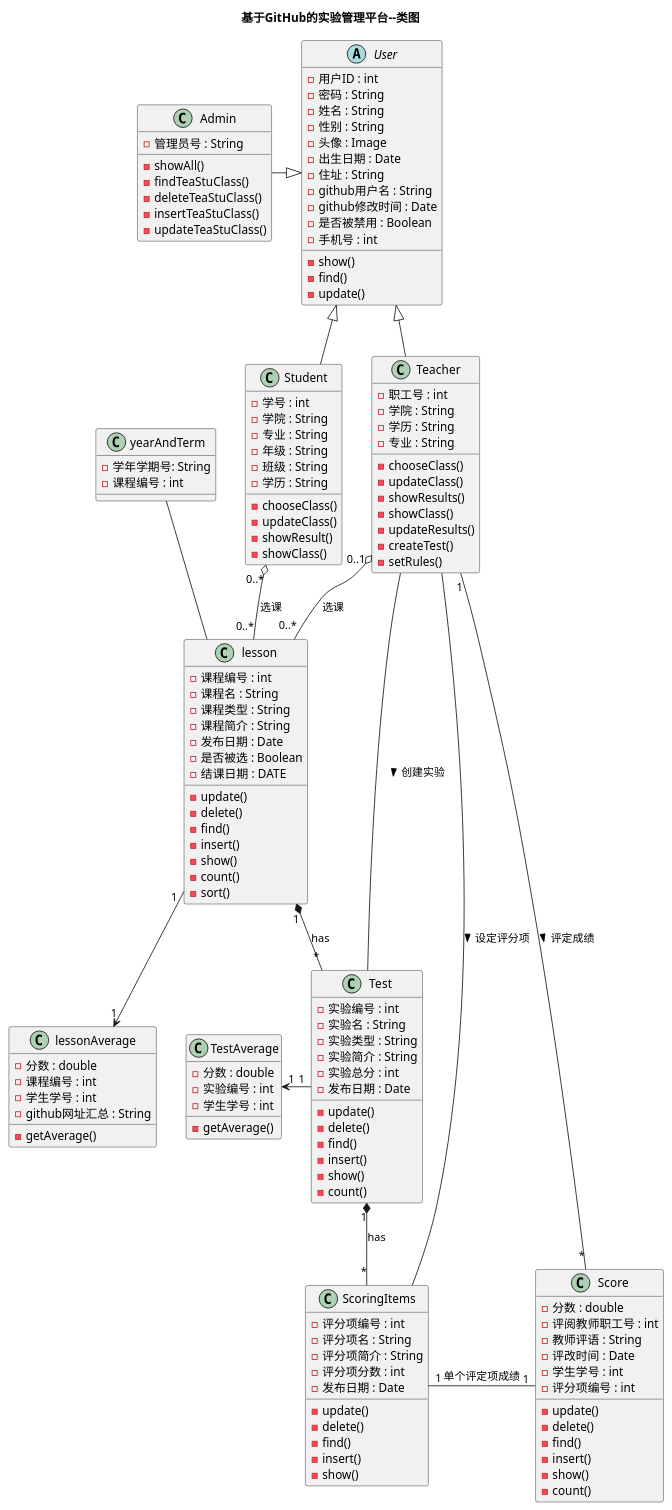
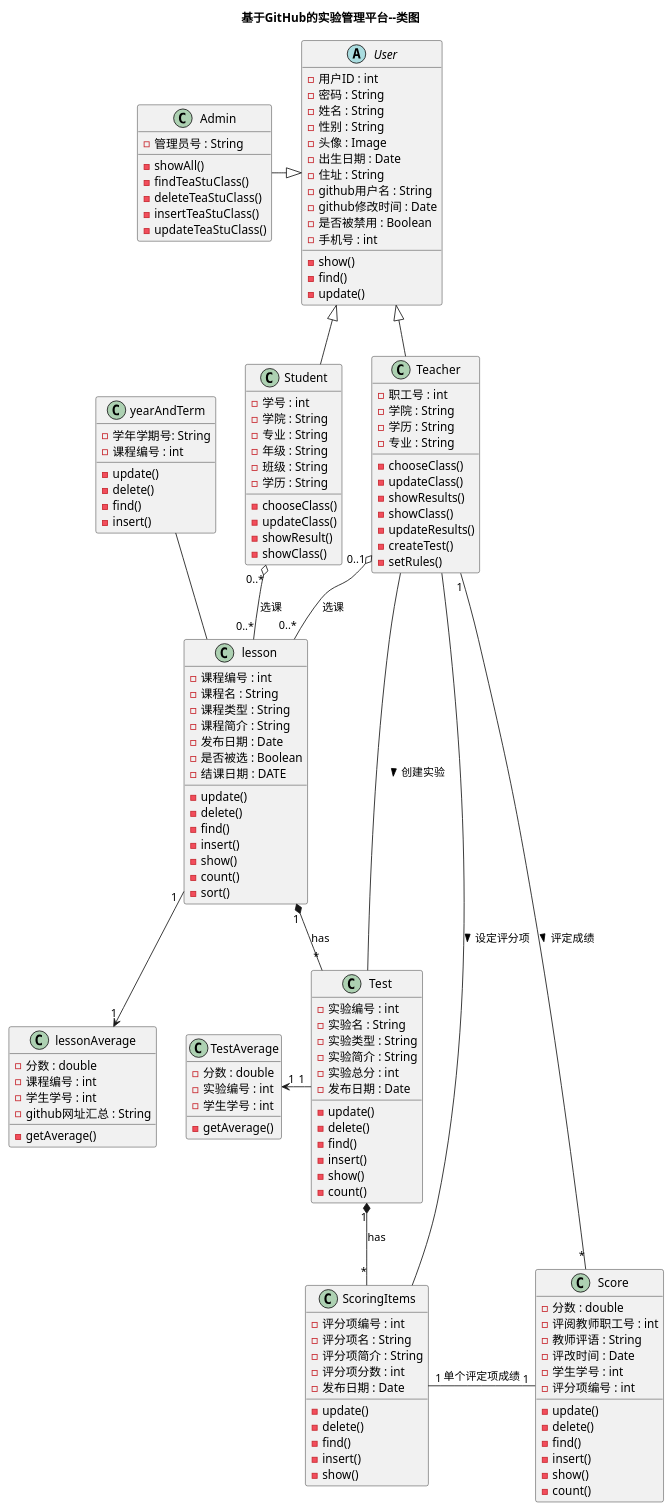
One commit to mzy1997/is_analysis changed the diagram in test6/src/systemClass.puml. Above: the diagram before and after it, drawn with PlantUML. The commit also changed 2 other files, not shown here.

```diff
--- a/test6/src/systemClass.puml
+++ b/test6/src/systemClass.puml
@@ -1,151 +1,155 @@
 @startuml
 title 基于GitHub的实验管理平台--类图
 abstract class User{
 -用户ID : int
 -密码 : String
 -姓名 : String
 -性别 : String
 -头像 : Image
 -出生日期 : Date
 -住址 : String
 -github用户名 : String
 -github修改时间 : Date
 -是否被禁用 : Boolean
 -手机号 : int
 -show()
 -find()
 -update()
 }
 
 class Admin{
 -管理员号 : String
 -showAll()
 -findTeaStuClass()
 -deleteTeaStuClass()
 -insertTeaStuClass()
 -updateTeaStuClass()
 }
 
 class Student{
 -学号 : int
 -学院 : String
 -专业 : String
 -年级 : String
 -班级 : String
 -学历 : String
 -chooseClass()
 -updateClass()
 -showResult()
 -showClass()
 }
 
 class Teacher{
 -职工号 : int
 -学院 : String
 -学历 : String
 -专业 : String
 -chooseClass()
 -updateClass()
 -showResults()
 -showClass()
 -updateResults()
 -createTest()
 -setRules()
 }
 
 User <|-- Student
 User <|-- Teacher
 User <|-left- Admin
 
 class lesson{
 -课程编号 : int
 -课程名 : String
 -课程类型 : String
 -课程简介 : String
 -发布日期 : Date
 -是否被选 : Boolean
 -结课日期 : DATE
 -update()
 -delete()
 -find()
 -insert()
 -show()
 -count()
 -sort()
 }
 
 class Test{
 -实验编号 : int
 -实验名 : String
 -实验类型 : String
 -实验简介 : String
 -实验总分 : int
 -发布日期 : Date
 -update()
 -delete()
 -find()
 -insert()
 -show()
 -count()
 }
 
 class ScoringItems{
 -评分项编号 : int
 -评分项名 : String
 -评分项简介 : String
 -评分项分数 : int
 -发布日期 : Date
 -update()
 -delete()
 -find()
 -insert()
 -show()
 }
 
 Teacher "0..1" o-- "0..*" lesson:选课
 Student "0..*" o--"0..*" lesson:选课
 lesson "1" *--"*" Test:has
 Test "1" *--"*" ScoringItems:has
 Teacher -- Test:创建实验 >
 Teacher -- ScoringItems:设定评分项 >
 lesson -up- yearAndTerm
 
 class Score{
 -分数 : double
 -评阅教师职工号 : int
 -教师评语 : String
 -评改时间 : Date
 -学生学号 : int
 -评分项编号 : int
 -update()
 -delete()
 -find()
 -insert()
 -show()
 -count()
 }
 
 class TestAverage{
 -分数 : double
 -实验编号 : int
 -学生学号 : int
 -getAverage()
 }
 
 class lessonAverage{
 -分数 : double
 -课程编号 : int
 -学生学号 : int
 -github网址汇总 : String
 -getAverage()
 }
 
 class yearAndTerm{
 -学年学期号: String
 -课程编号 : int
+-update()
+-delete()
+-find()
+-insert()
 }
 ScoringItems "1"-right-"1" Score:单个评定项成绩
 Teacher "1"--"*" Score:评定成绩 >
 Test "1" -left->"1" TestAverage
 lesson "1" -->"1" lessonAverage
 @enduml
```
